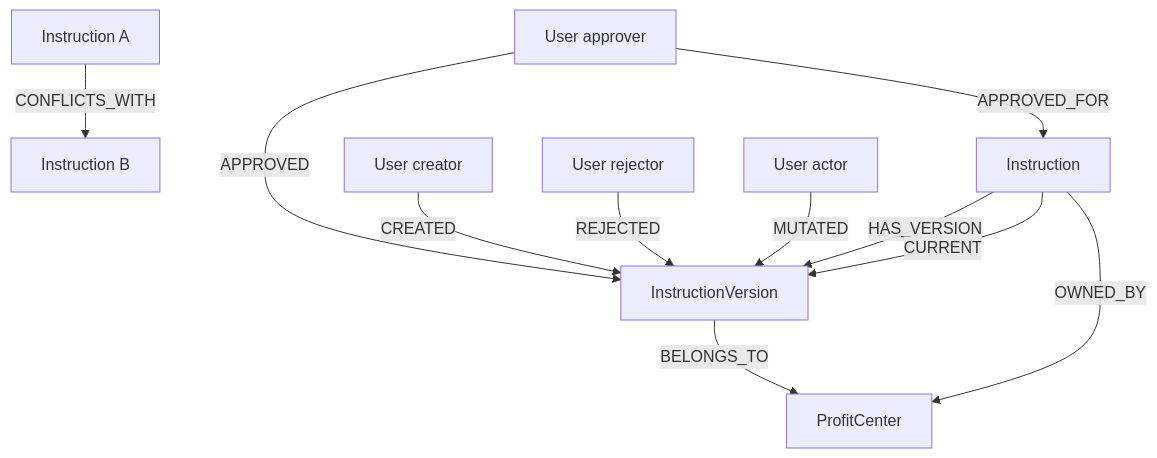
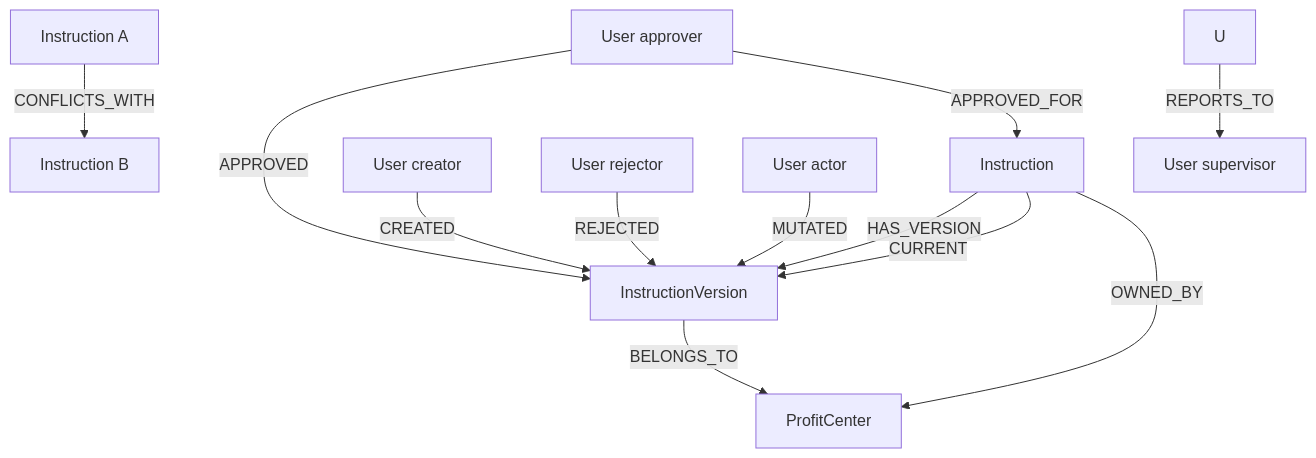
One commit to sanjuthomas/policy-pilot changed the third of 4 diagrams in README.md. Above: the diagram before and after it, drawn with Mermaid. The commit also changed other lines of this file and 92 other files, not shown here.

````diff
--- a/README.md
+++ b/README.md
@@ -460,13 +525,14 @@
 ```mermaid
 flowchart TB
     I[Instruction] -->|HAS_VERSION| IV[InstructionVersion]
     I -->|CURRENT| IV
     I -->|OWNED_BY| PC[ProfitCenter]
     IV -->|BELONGS_TO| PC
     I1[Instruction A] -->|CONFLICTS_WITH| I2[Instruction B]
     UC[User creator] -->|CREATED| IV
     UAP[User approver] -->|APPROVED| IV
     UAP -->|APPROVED_FOR| I
     UR[User rejector] -->|REJECTED| IV
     UM[User actor] -->|MUTATED| IV
+    U -->|REPORTS_TO| USuper[User supervisor]
 ```
````
